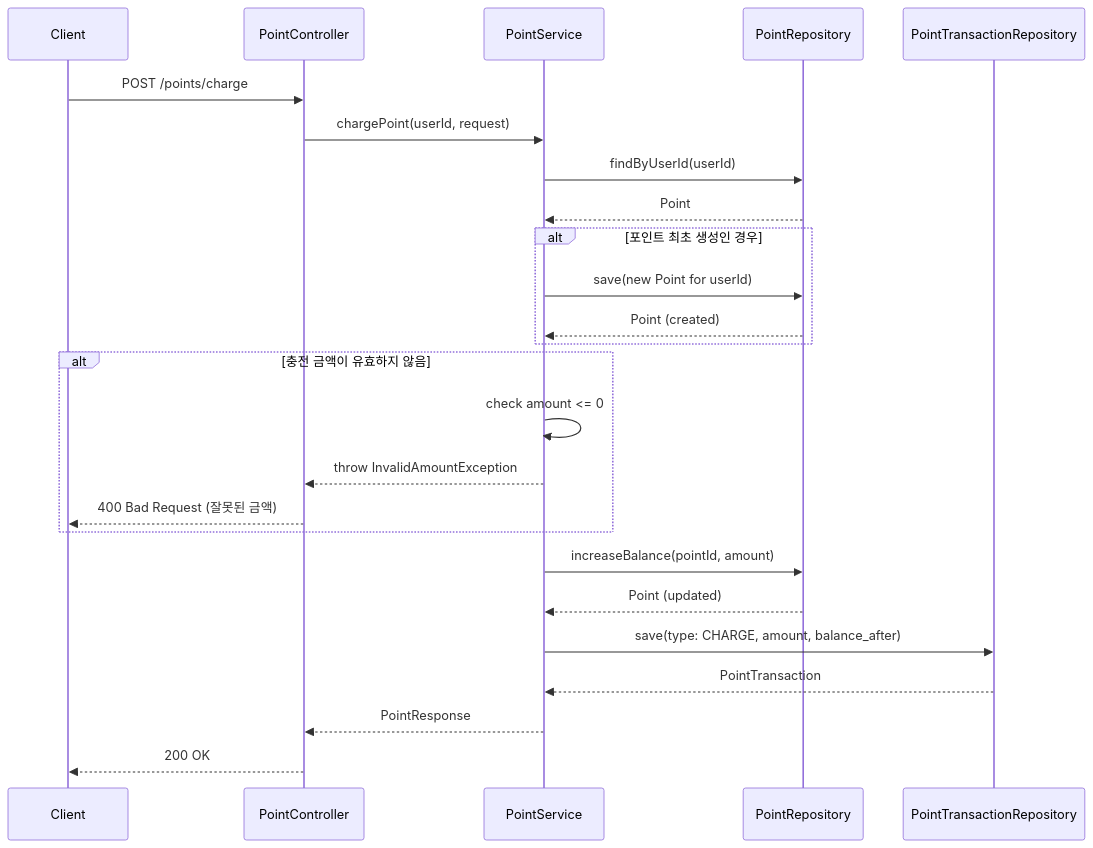
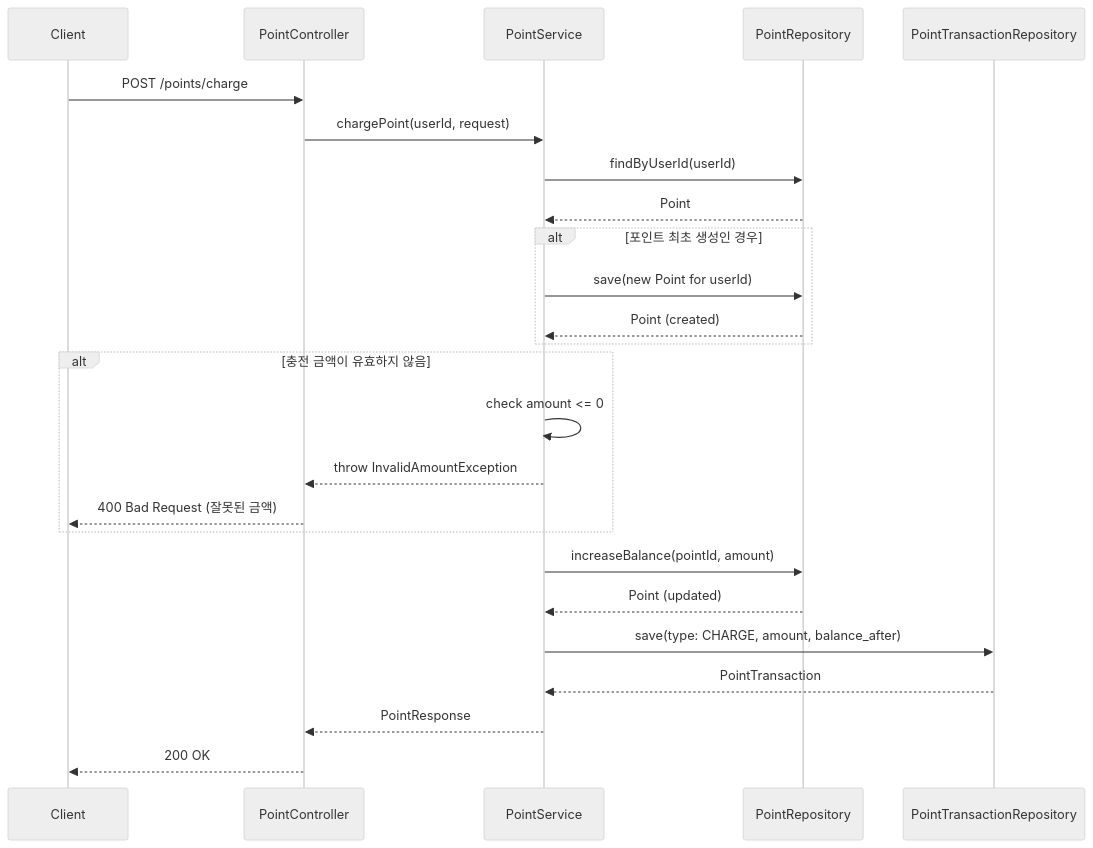
The fourth of 4 diagrams in docs/03.sequence_diagram.md (kmkim2051/hh-ecommerce), drawn with Mermaid before and after one commit.

Commit message:
[Docs] 시퀀스 다이어그램 테마 누락된 그림 수정

````diff
--- a/docs/03.sequence_diagram.md
+++ b/docs/03.sequence_diagram.md
@@ -219,34 +219,38 @@
 ```mermaid
+---
+config:
+  theme: neutral
+---
 sequenceDiagram
     participant Client
     participant PointController
     participant PointService
     participant PointRepository
     participant PointTransactionRepository
 
     Client->>PointController: POST /points/charge
     PointController->>PointService: chargePoint(userId, request)
         
     PointService->>PointRepository: findByUserId(userId)
     PointRepository-->>PointService: Point
     
     alt 포인트 최초 생성인 경우
         PointService->>PointRepository: save(new Point for userId)
         PointRepository-->>PointService: Point (created)
     end
     
     alt 충전 금액이 유효하지 않음
         PointService->>PointService: check amount <= 0
         PointService-->>PointController: throw InvalidAmountException
         PointController-->>Client: 400 Bad Request (잘못된 금액)
     end
     
     PointService->>PointRepository: increaseBalance(pointId, amount)
     PointRepository-->>PointService: Point (updated)
     
     PointService->>PointTransactionRepository: save(type: CHARGE, amount, balance_after)
     PointTransactionRepository-->>PointService: PointTransaction
         
     PointService-->>PointController: PointResponse
     PointController-->>Client: 200 OK
 ```
````
